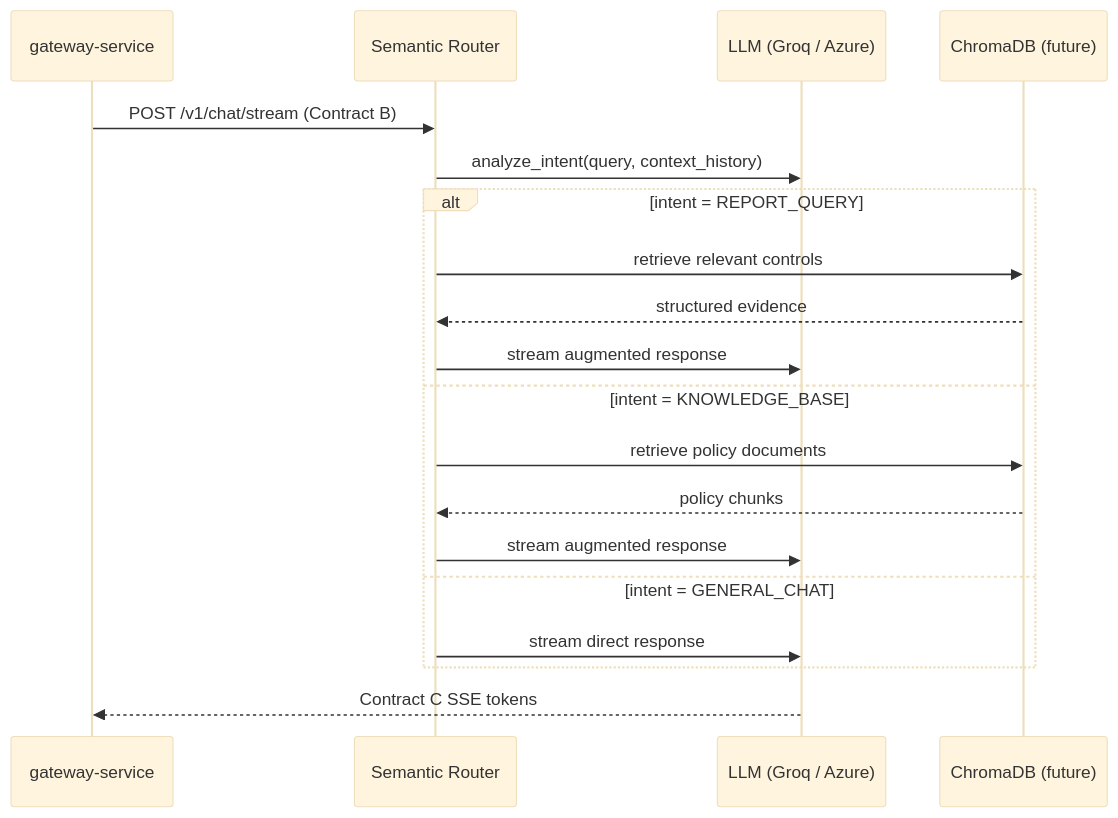
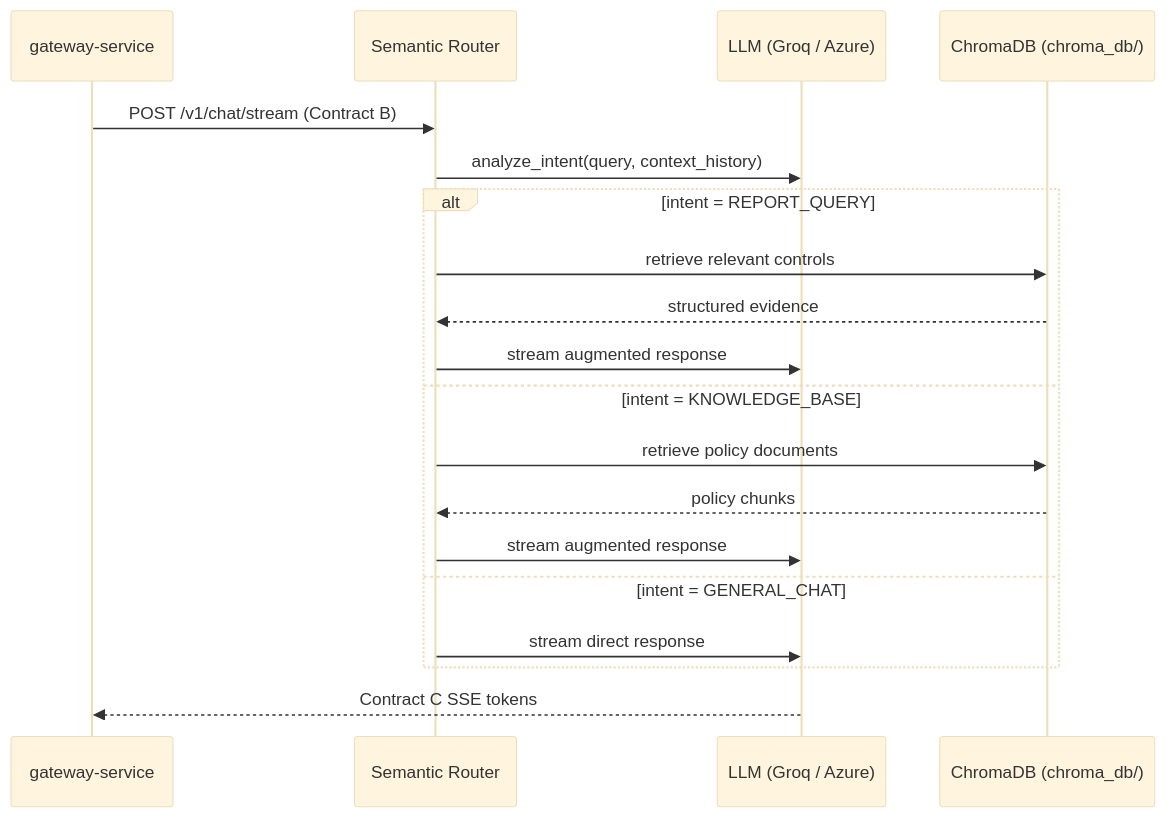
The diagram in ai-service/README.md (Manavagarwal2703/compliance-overlay), drawn with Mermaid (base theme) before and after one commit. The commit also changed other lines of this file and 15 other files, not shown here.

````diff
--- a/ai-service/README.md
+++ b/ai-service/README.md
@@ -9,22 +9,22 @@
 ```mermaid
 sequenceDiagram
   participant G as gateway-service
   participant R as Semantic Router
   participant LLM as LLM (Groq / Azure)
-  participant C as ChromaDB (future)
+  participant C as ChromaDB (chroma_db/)
 
   G->>R: POST /v1/chat/stream (Contract B)
   R->>LLM: analyze_intent(query, context_history)
   alt intent = REPORT_QUERY
     R->>C: retrieve relevant controls
     C-->>R: structured evidence
     R->>LLM: stream augmented response
   else intent = KNOWLEDGE_BASE
     R->>C: retrieve policy documents
     C-->>R: policy chunks
     R->>LLM: stream augmented response
   else intent = GENERAL_CHAT
     R->>LLM: stream direct response
   end
   LLM-->>G: Contract C SSE tokens
 ```
````
